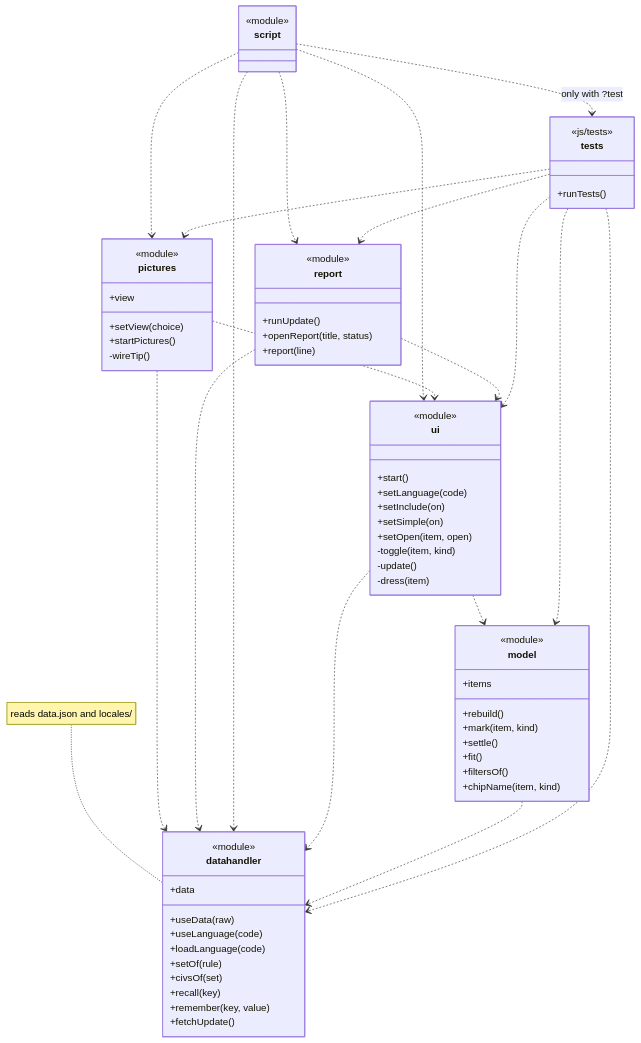
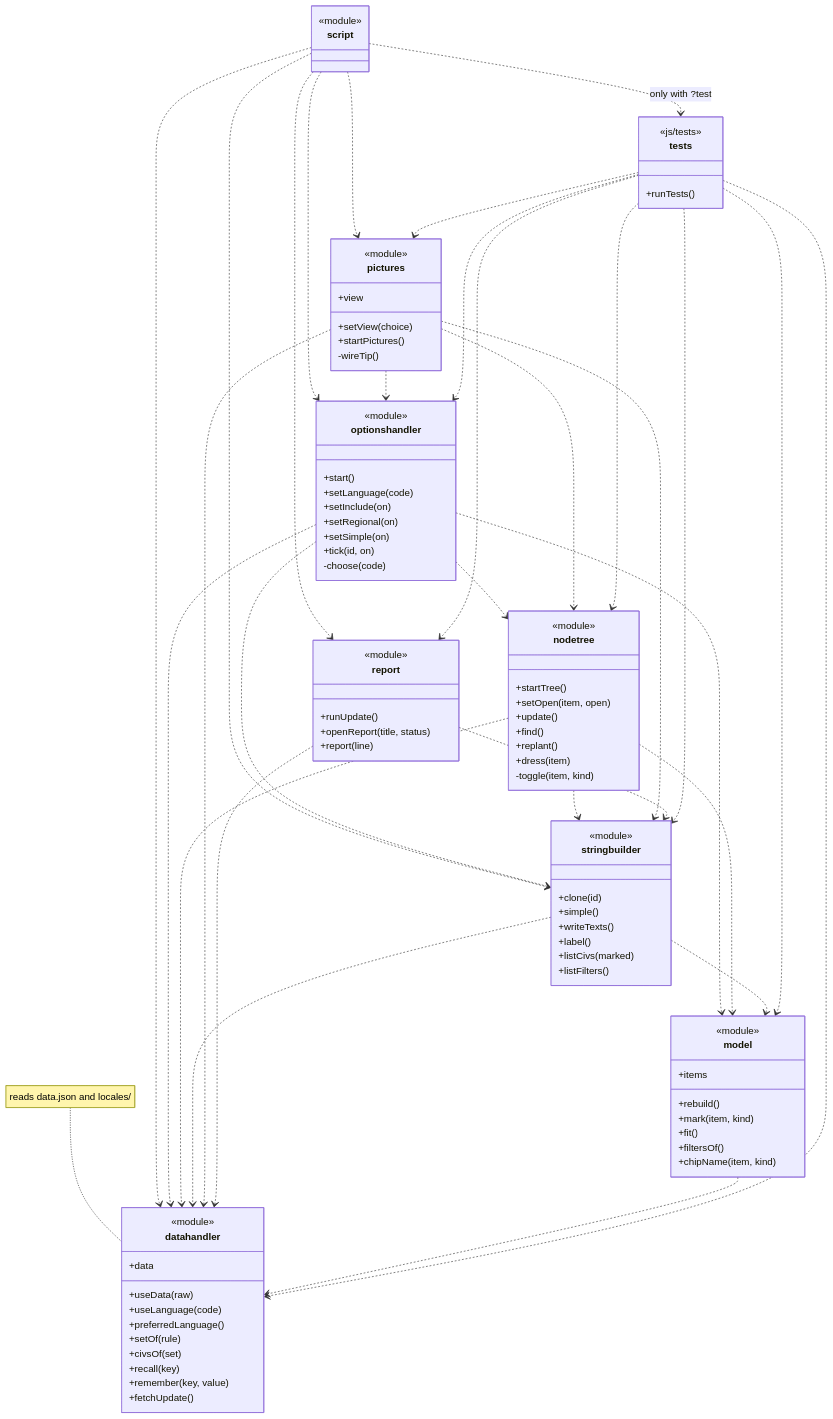
Before and after one commit to cnordenb/aoe2civexplorer: the diagram in documentation/MAINTAINER.md, drawn with Mermaid. The commit also changed other lines of this file and 25 other files, not shown here.

```diff
--- a/documentation/MAINTAINER.md
+++ b/documentation/MAINTAINER.md
@@ -677,23 +695,40 @@
   class script {
     <<module>>
   }
-  class ui {
+  class optionshandler {
     <<module>>
     +start()
     +setLanguage(code)
     +setInclude(on)
+    +setRegional(on)
     +setSimple(on)
+    +tick(id, on)
+    -choose(code)
+  }
+  class nodetree {
+    <<module>>
+    +startTree()
     +setOpen(item, open)
+    +update()
+    +find()
+    +replant()
+    +dress(item)
     -toggle(item, kind)
-    -update()
-    -dress(item)
+  }
+  class stringbuilder {
+    <<module>>
+    +clone(id)
+    +simple()
+    +writeTexts()
+    +label()
+    +listCivs(marked)
+    +listFilters()
   }
   class model {
     <<module>>
     +items
     +rebuild()
     +mark(item, kind)
-    +settle()
     +fit()
     +filtersOf()
     +chipName(item, kind)
@@ -703,7 +738,7 @@
     +data
     +useData(raw)
     +useLanguage(code)
-    +loadLanguage(code)
+    +preferredLanguage()
     +setOf(rule)
     +civsOf(set)
     +recall(key)
@@ -727,21 +762,33 @@
     +openReport(title, status)
     +report(line)
   }
-  script ..> ui
+  script ..> optionshandler
+  script ..> stringbuilder
   script ..> report
   script ..> pictures
-  pictures ..> ui
-  pictures ..> datahandler
-  report ..> ui
-  report ..> datahandler
   script ..> datahandler
   script ..> tests : only with ?test
-  ui ..> model
-  ui ..> datahandler
+  optionshandler ..> nodetree
+  optionshandler ..> stringbuilder
+  optionshandler ..> model
+  optionshandler ..> datahandler
+  nodetree ..> stringbuilder
+  nodetree ..> model
+  nodetree ..> datahandler
+  stringbuilder ..> model
+  stringbuilder ..> datahandler
+  pictures ..> optionshandler
+  pictures ..> nodetree
+  pictures ..> stringbuilder
+  pictures ..> datahandler
+  report ..> stringbuilder
+  report ..> datahandler
   model ..> datahandler
-  tests ..> ui
+  tests ..> optionshandler
+  tests ..> nodetree
+  tests ..> stringbuilder
+  tests ..> pictures
   tests ..> report
-  tests ..> pictures
   tests ..> model
   tests ..> datahandler
   note for datahandler "reads data.json and locales/"
```
